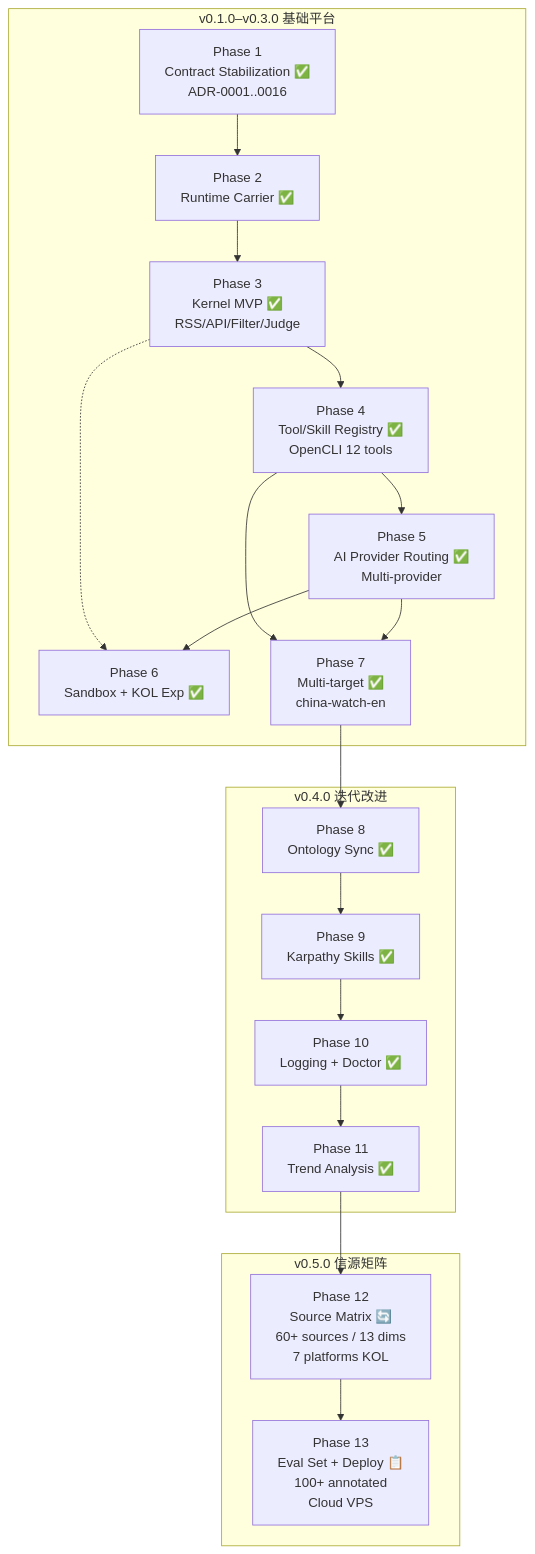
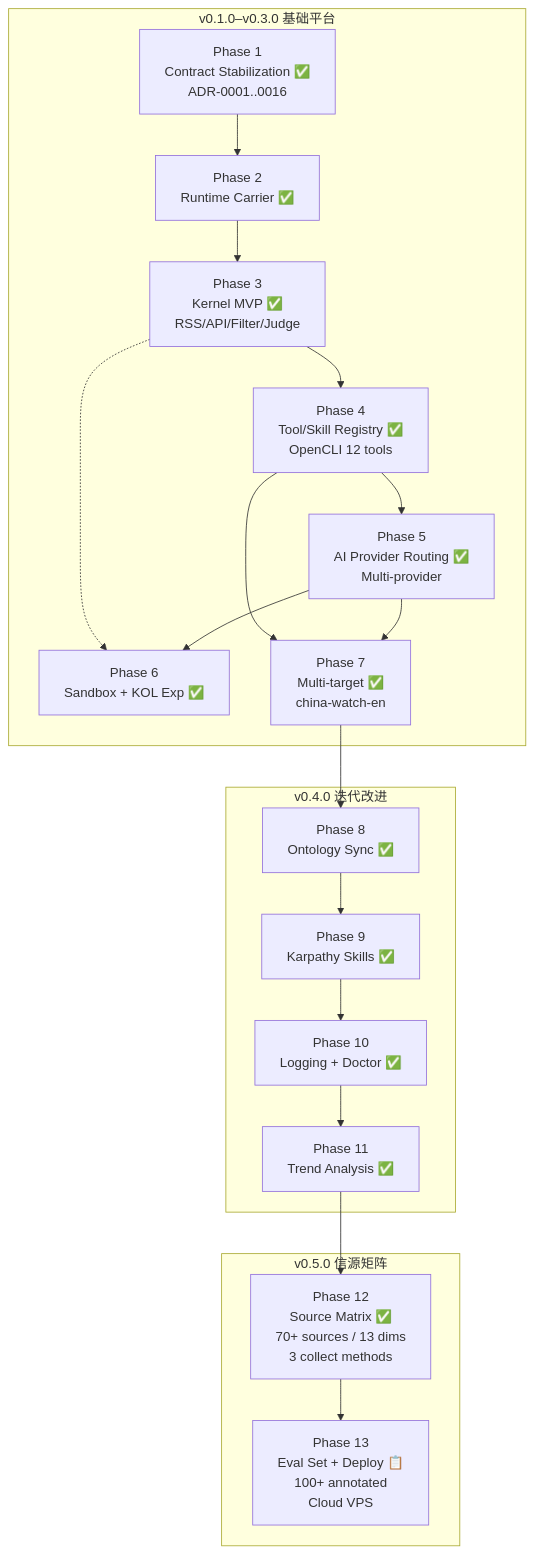
Before and after one commit to XucroYuri/NewsSentry: the diagram in docs/spec/README.md, drawn with Mermaid. The commit also changed other lines of this file and 2 other files, not shown here.

First line of the commit message:
Phase 12: 补充 ADR-0021、spec 文档和 README 状态更新

````diff
--- a/docs/spec/README.md
+++ b/docs/spec/README.md
@@ -49,31 +49,31 @@
 ```mermaid
 graph TD
     subgraph v0_1_0["v0.1.0–v0.3.0 基础平台"]
         P1["Phase 1\nContract Stabilization ✅\nADR-0001..0016"]
         P2["Phase 2\nRuntime Carrier ✅"]
         P3["Phase 3\nKernel MVP ✅\nRSS/API/Filter/Judge"]
         P4["Phase 4\nTool/Skill Registry ✅\nOpenCLI 12 tools"]
         P5["Phase 5\nAI Provider Routing ✅\nMulti-provider"]
         P6["Phase 6\nSandbox + KOL Exp ✅"]
         P7["Phase 7\nMulti-target ✅\nchina-watch-en"]
     end
 
     subgraph v0_4_0["v0.4.0 迭代改进"]
         P8["Phase 8\nOntology Sync ✅"]
         P9["Phase 9\nKarpathy Skills ✅"]
         P10["Phase 10\nLogging + Doctor ✅"]
         P11["Phase 11\nTrend Analysis ✅"]
     end
 
     subgraph v0_5_0["v0.5.0 信源矩阵"]
-        P12["Phase 12\nSource Matrix 🔄\n60+ sources / 13 dims\n7 platforms KOL"]
+        P12["Phase 12\nSource Matrix ✅\n70+ sources / 13 dims\n3 collect methods"]
         P13["Phase 13\nEval Set + Deploy 📋\n100+ annotated\nCloud VPS"]
     end
 
     P1 --> P2 --> P3 --> P4 --> P5 --> P6
     P3 -.-> P6
     P5 --> P7
     P4 --> P7
     P7 --> P8 --> P9 --> P10 --> P11
     P11 --> P12 --> P13
 ```
````
